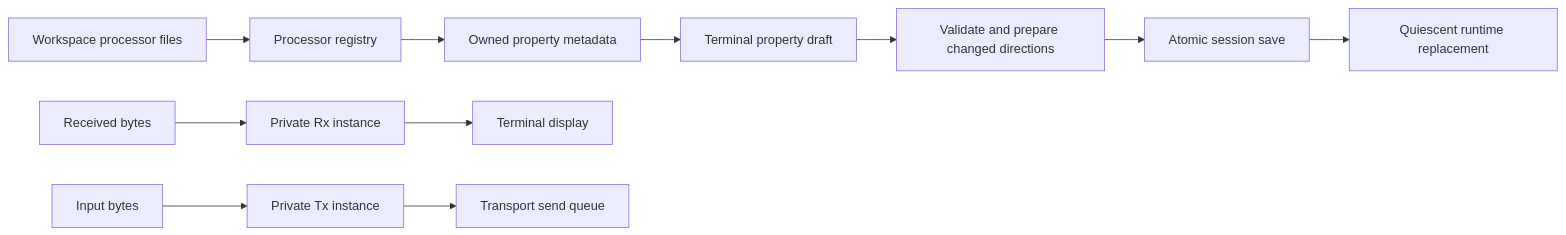
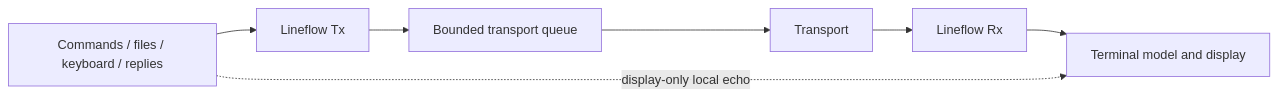
One commit to Octaviarius/TermMaster changed the diagram in docs/terminal-processing.md. Above: the diagram before and after it, drawn with Mermaid. The commit also changed other lines of this file and 9 other files, not shown here.

````diff
--- a/docs/terminal-processing.md
+++ b/docs/terminal-processing.md
@@ -52,13 +26,9 @@
 ```mermaid
 flowchart LR
-    Files[Workspace processor files] --> Registry[Processor registry]
-    Registry --> Metadata[Owned property metadata]
-    Metadata --> Table[Terminal property draft]
-    Table --> Prepare[Validate and prepare changed directions]
-    Prepare --> Save[Atomic session save]
-    Save --> Replace[Quiescent runtime replacement]
-    Rx[Received bytes] --> RxProcessor[Private Rx instance]
-    RxProcessor --> Display[Terminal display]
-    Input[Input bytes] --> TxProcessor[Private Tx instance]
-    TxProcessor --> Queue[Transport send queue]
+    Device[Transport] --> Rx[Lineflow Rx]
+    Rx --> Display[Terminal model and display]
+    Input[Commands / files / keyboard / replies] --> Tx[Lineflow Tx]
+    Tx --> Queue[Bounded transport queue]
+    Queue --> Device
+    Input -. display-only local echo .-> Display
 ```
````
